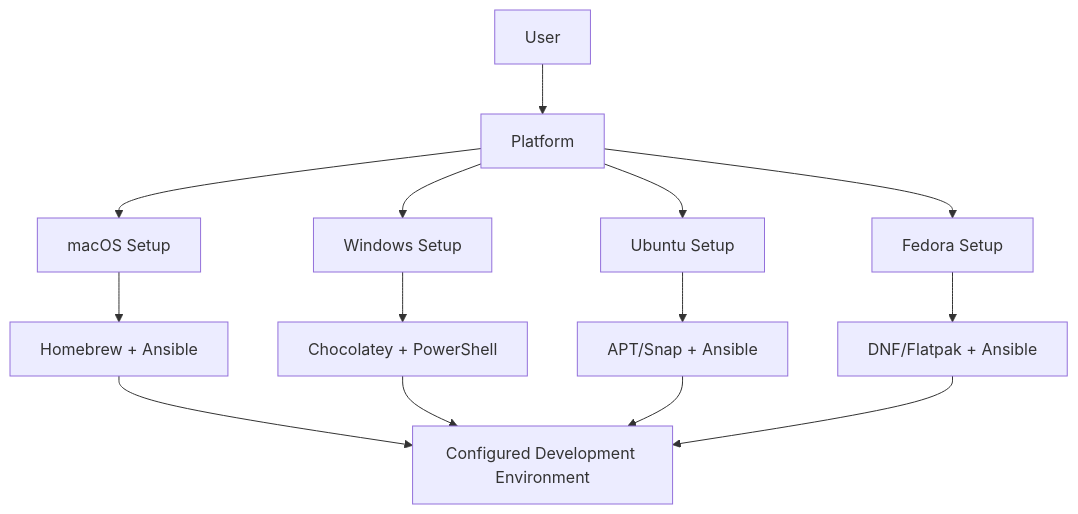
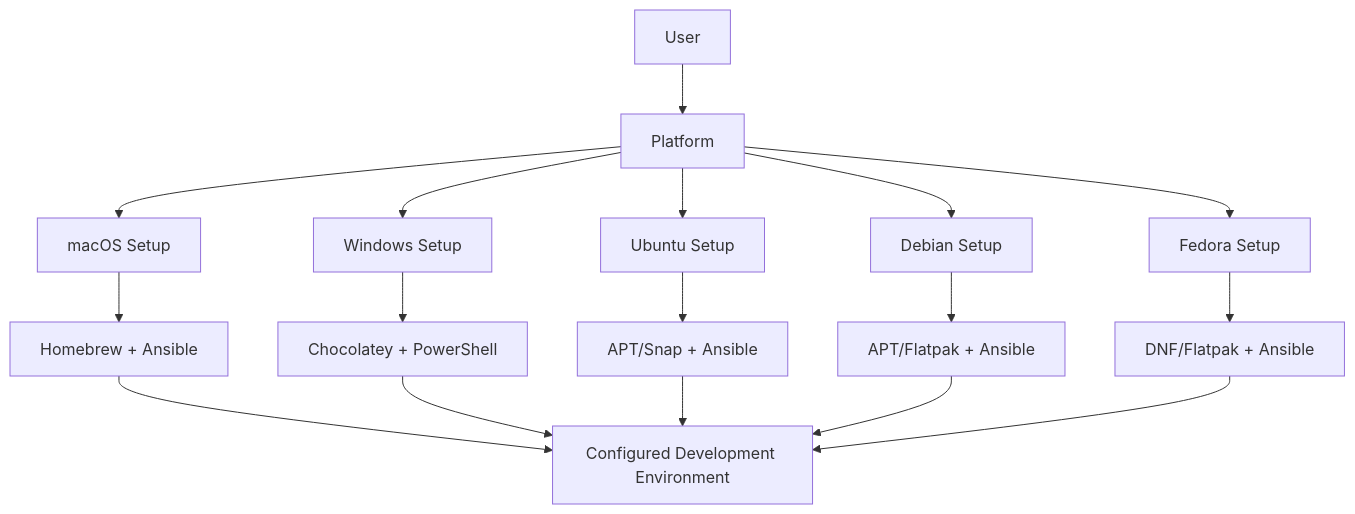
The first of 11 diagrams in docs/architecture.md (ryanspletzer/dev-machine-setup), drawn with Mermaid before and after one commit. The commit also changed other lines of this file and 21 other files, not shown here.

````diff
--- a/docs/architecture.md
+++ b/docs/architecture.md
@@ -58,18 +64,21 @@
 ```mermaid
 graph TB
     A[User] --> B[Platform]
     B --> C[macOS Setup]
     B --> D[Windows Setup]
     B --> E[Ubuntu Setup]
+    B --> E2[Debian Setup]
     B --> F2[Fedora Setup]
 
     C --> F[Homebrew + Ansible]
     D --> G[Chocolatey + PowerShell]
     E --> H[APT/Snap + Ansible]
+    E2 --> H3[APT/Flatpak + Ansible]
     F2 --> H2[DNF/Flatpak + Ansible]
 
     F --> I[Configured Development Environment]
     G --> I
     H --> I
+    H3 --> I
     H2 --> I
 ```
````
